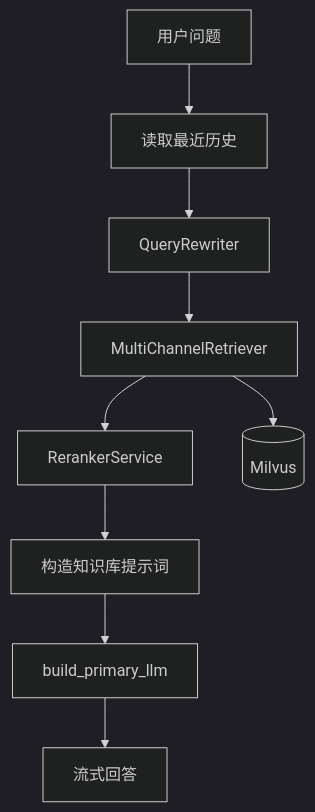
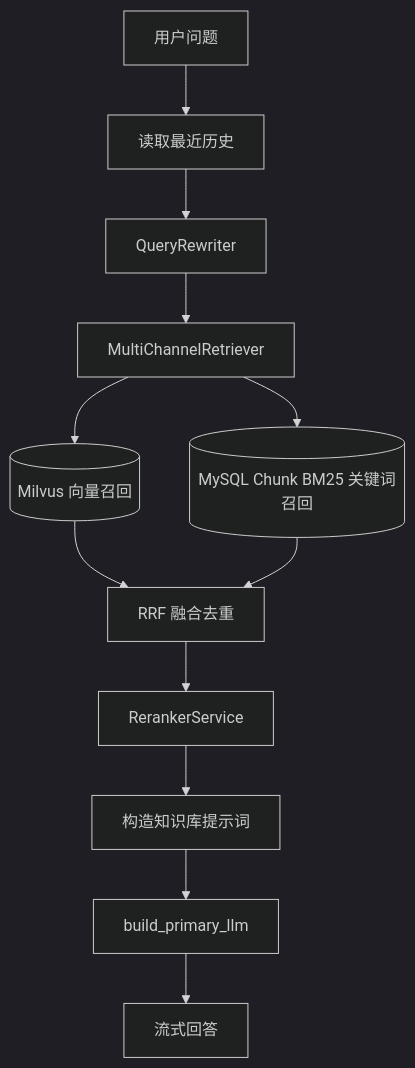
One commit to Vantasy123/Ragent-python changed the third of 7 diagrams in README.md. Above: the diagram before and after it, drawn with Mermaid (dark theme). The commit also changed other lines of this file and 11 other files, not shown here.

````diff
--- a/README.md
+++ b/README.md
@@ -195,11 +195,14 @@
 ```mermaid
 flowchart TD
     Question["用户问题"] --> History["读取最近历史"]
     History --> Rewrite["QueryRewriter"]
     Rewrite --> Retrieve["MultiChannelRetriever"]
-    Retrieve --> Rerank["RerankerService"]
+    Retrieve --> Vector[("Milvus 向量召回")]
+    Retrieve --> Keyword[("MySQL Chunk BM25 关键词召回")]
+    Vector --> Fusion["RRF 融合去重"]
+    Keyword --> Fusion
+    Fusion --> Rerank["RerankerService"]
     Rerank --> Prompt["构造知识库提示词"]
     Prompt --> LLM["build_primary_llm"]
     LLM --> Answer["流式回答"]
-    Retrieve --> Vector[("Milvus")]
 ```
````
